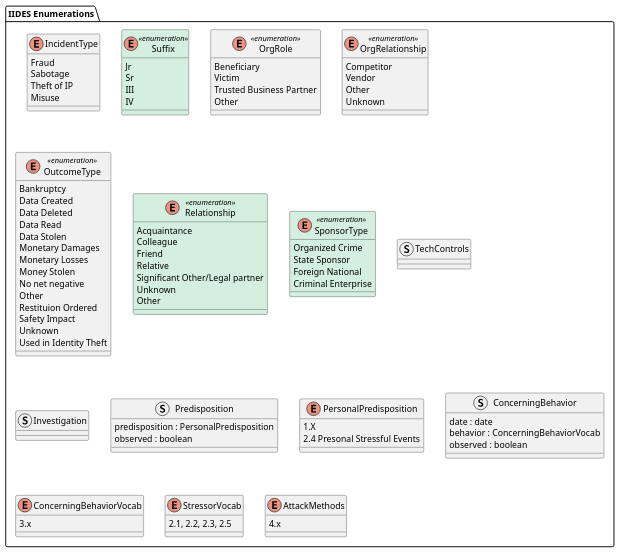
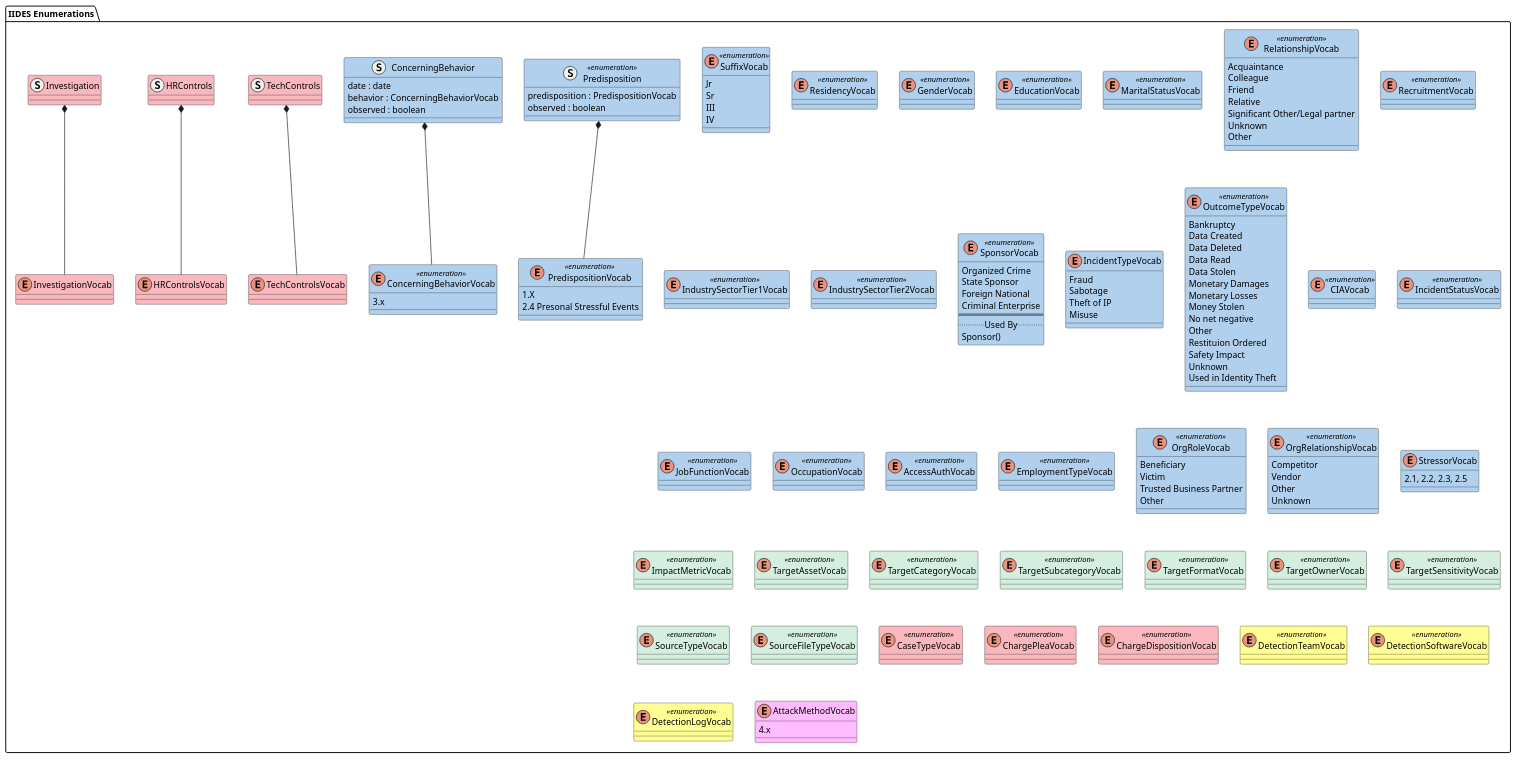
Before and after one commit to cmu-sei/iides: the diagram in UML/source/enumerations.wsd, drawn with PlantUML. The commit also changed 7 other files, not shown here.

```diff
--- a/UML/source/enumerations.wsd
+++ b/UML/source/enumerations.wsd
@@ -1,85 +1,129 @@
 @startuml IIDES_Enumerations
 package "IIDES Enumerations" #FFF {
 
-    enum IncidentType {
+    enum SuffixVocab <<enumeration>> #b0d0ed {
+        Jr
+        Sr
+        III
+        IV
+    }
+    enum ResidencyVocab <<enumeration>> #b0d0ed {}
+    enum GenderVocab <<enumeration>> #b0d0ed {}
+    enum EducationVocab <<enumeration>> #b0d0ed {}
+    enum MaritalStatusVocab <<enumeration>> #b0d0ed {}
+    struct Predisposition <<enumeration>> #b0d0ed {
+        predisposition : PredispositionVocab
+        observed : boolean
+    }
+    enum PredispositionVocab <<enumeration>> #b0d0ed {
+        1.X
+        2.4 Presonal Stressful Events
+    }
+    Predisposition *-- PredispositionVocab
+    struct ConcerningBehavior #b0d0ed {
+        date : date
+        behavior : ConcerningBehaviorVocab
+        observed : boolean
+    }
+    enum ConcerningBehaviorVocab <<enumeration>> #b0d0ed {
+        3.x
+    }
+    ConcerningBehavior *-- ConcerningBehaviorVocab
+    enum RelationshipVocab <<enumeration>> #b0d0ed {
+        Acquaintance
+        Colleague
+        Friend
+        Relative
+        Significant Other/Legal partner
+        Unknown
+        Other
+    }
+    enum RecruitmentVocab <<enumeration>> #b0d0ed {}
+    enum IndustrySectorTier1Vocab <<enumeration>> #b0d0ed {}
+    enum IndustrySectorTier2Vocab <<enumeration>> #b0d0ed {}
+    enum SponsorVocab <<enumeration>> #b0d0ed {
+        Organized Crime
+        State Sponsor
+        Foreign National
+        Criminal Enterprise
+        ==
+        ..Used By..
+        Sponsor()
+    }
+    enum IncidentTypeVocab #b0d0ed {
         Fraud
         Sabotage
         Theft of IP
         Misuse
     }
-    enum Suffix <<enumeration>> #D4EFDF {
-        Jr
-        Sr
-        III
-        IV
-    }
-    enum OrgRole <<enumeration>> {
-        Beneficiary
-        Victim
-        Trusted Business Partner
-        Other
-    }
-    enum OrgRelationship <<enumeration>> {
-        Competitor
-        Vendor
-        Other
-        Unknown
-    }
-    enum OutcomeType <<enumeration>> {
+    enum OutcomeTypeVocab <<enumeration>> #b0d0ed {
         Bankruptcy
         Data Created
         Data Deleted
         Data Read
         Data Stolen
         Monetary Damages
         Monetary Losses
         Money Stolen
         No net negative
         Other
         Restituion Ordered
         Safety Impact
         Unknown
         Used in Identity Theft
     }
-    enum Relationship <<enumeration>> #D4EFDF {
-        Acquaintance
-        Colleague
-        Friend
-        Relative
-        Significant Other/Legal partner
-        Unknown
+    enum CIAVocab <<enumeration>> #b0d0ed {}
+    enum IncidentStatusVocab <<enumeration>> #b0d0ed {}
+    enum JobFunctionVocab <<enumeration>> #b0d0ed {}
+    enum OccupationVocab <<enumeration>> #b0d0ed {}
+    enum AccessAuthVocab <<enumeration>> #b0d0ed {}
+    enum EmploymentTypeVocab <<enumeration>> #b0d0ed {}
+    enum OrgRoleVocab <<enumeration>> #b0d0ed {
+        Beneficiary
+        Victim
+        Trusted Business Partner
         Other
     }
-    enum SponsorType <<enumeration>> #D4EFDF {
-        Organized Crime
-        State Sponsor
-        Foreign National
-        Criminal Enterprise
+    enum OrgRelationshipVocab <<enumeration>> #b0d0ed {
+        Competitor
+        Vendor
+        Other
+        Unknown
+    }
+    enum StressorVocab #b0d0ed {
+        2.1, 2.2, 2.3, 2.5
     }
 
-    struct TechControls {}
-    struct Investigation {}
-    struct Predisposition {
-        predisposition : PersonalPredisposition
-        observed : boolean
-    }
-    enum PersonalPredisposition {
-        1.X
-        2.4 Presonal Stressful Events
-    }
-    struct ConcerningBehavior {
-        date : date
-        behavior : ConcerningBehaviorVocab
-        observed : boolean
-    }
-    enum ConcerningBehaviorVocab {
-        3.x
-    }
-    enum StressorVocab {
-        2.1, 2.2, 2.3, 2.5
-    }
-    enum AttackMethods {
+    enum ImpactMetricVocab <<enumeration>> #D4EFDF {}
+    enum TargetAssetVocab <<enumeration>> #D4EFDF {}
+    enum TargetCategoryVocab <<enumeration>> #D4EFDF {}
+    enum TargetSubcategoryVocab <<enumeration>> #D4EFDF {}
+    enum TargetFormatVocab <<enumeration>> #D4EFDF {}
+    enum TargetOwnerVocab <<enumeration>> #D4EFDF {}
+    enum TargetSensitivityVocab <<enumeration>> #D4EFDF {}
+    enum SourceTypeVocab <<enumeration>> #D4EFDF {}
+    enum SourceFileTypeVocab <<enumeration>> #D4EFDF {}
+
+    enum CaseTypeVocab <<enumeration>> #f9b8bd {}
+    enum ChargePleaVocab <<enumeration>> #f9b8bd {}
+    enum ChargeDispositionVocab <<enumeration>> #f9b8bd {}
+
+    enum DetectionTeamVocab <<enumeration>> #FFFF94 {}
+    enum DetectionSoftwareVocab <<enumeration>> #FFFF94 {}
+    enum DetectionLogVocab <<enumeration>> #FFFF94 {}
+
+    struct TechControls #f9b8bd {}
+    enum TechControlsVocab #f9b8bd {}
+    TechControls *-- TechControlsVocab
+    struct HRControls #f9b8bd {}
+    enum HRControlsVocab #f9b8bd {}
+    HRControls *-- HRControlsVocab
+    struct Investigation #f9b8bd {}
+    enum InvestigationVocab #f9b8bd {}
+    Investigation *-- InvestigationVocab
+
+    enum AttackMethodVocab #FFBCFF {
         4.x
     }
 }
 @enduml
```
